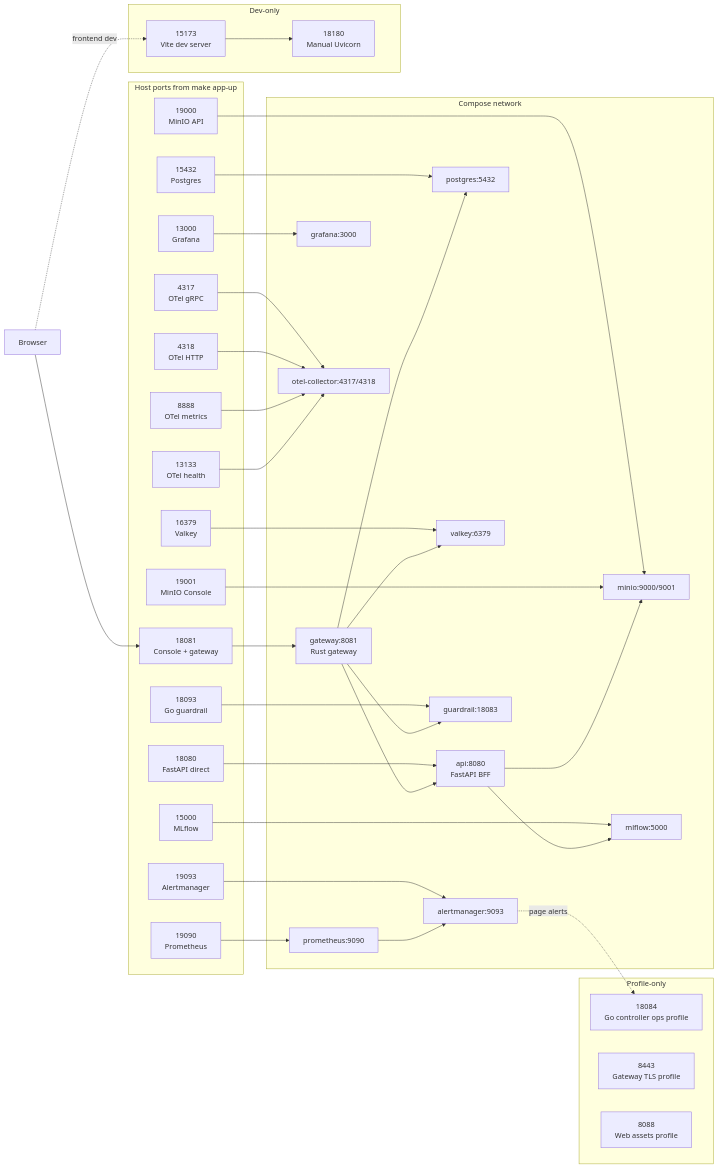
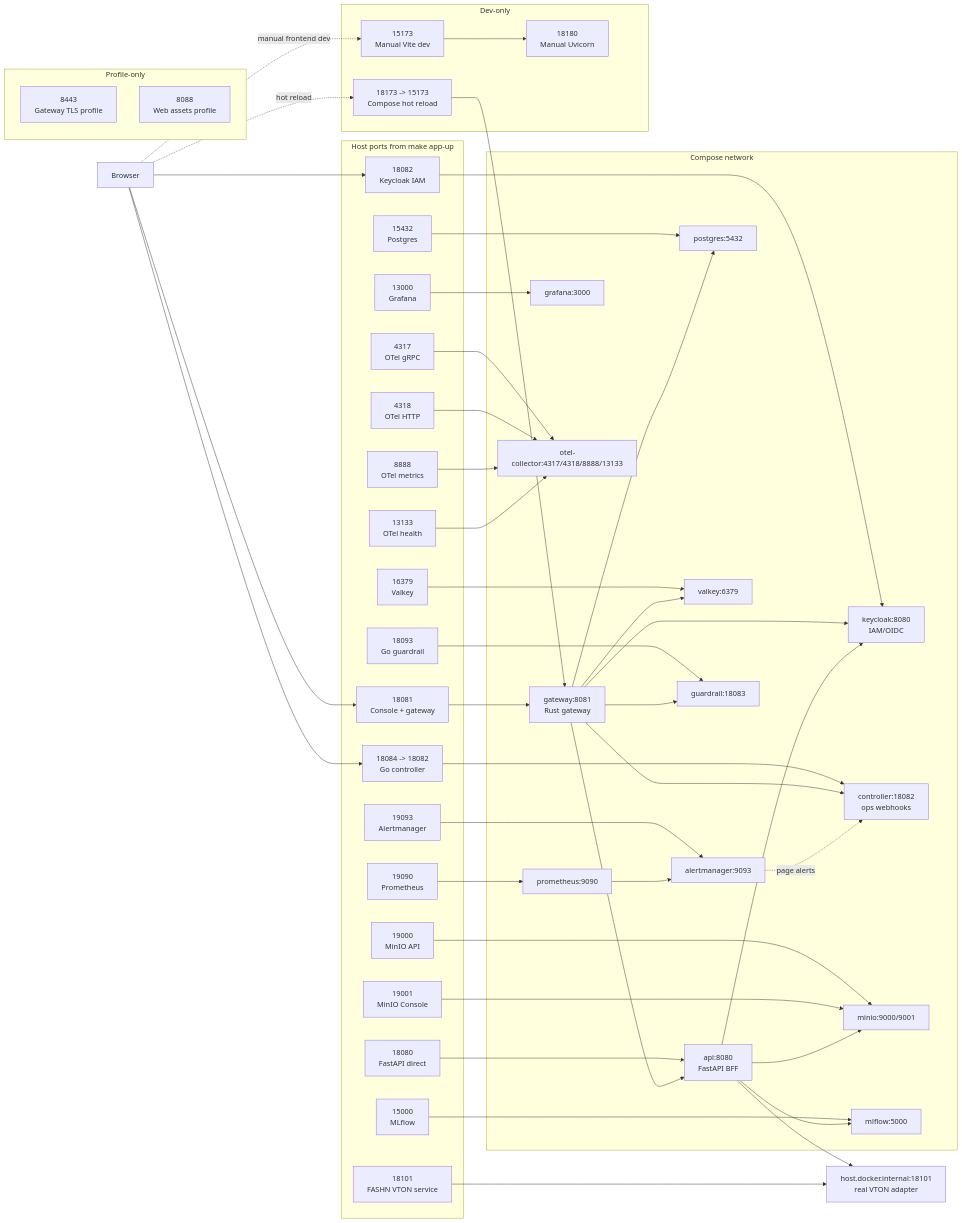
Before and after one commit to trungdangtapcode/TryOps-TryON-MLOps: the diagram in PORT.md, drawn with Mermaid. The commit also changed other lines of this file and 47 other files, not shown here.

Commit message:
feat: add account IAM and VTON job controls

```diff
--- a/PORT.md
+++ b/PORT.md
@@ -11,6 +11,9 @@
   subgraph host["Host ports from make app-up"]
     h_gateway["18081<br/>Console + gateway"]
     h_api["18080<br/>FastAPI direct"]
+    h_keycloak["18082<br/>Keycloak IAM"]
+    h_controller["18084 -> 18082<br/>Go controller"]
+    h_fashn["18101<br/>FASHN VTON service"]
     h_pg["15432<br/>Postgres"]
     h_valkey["16379<br/>Valkey"]
     h_minio_api["19000<br/>MinIO API"]
@@ -29,6 +32,8 @@
   subgraph compose["Compose network"]
     gateway["gateway:8081<br/>Rust gateway"]
     api["api:8080<br/>FastAPI BFF"]
+    keycloak["keycloak:8080<br/>IAM/OIDC"]
+    controller["controller:18082<br/>ops webhooks"]
     postgres["postgres:5432"]
     valkey["valkey:6379"]
     minio["minio:9000/9001"]
@@ -37,25 +42,30 @@
     alertmanager["alertmanager:9093"]
     grafana["grafana:3000"]
     guardrail["guardrail:18083"]
-    otel["otel-collector:4317/4318"]
+    otel["otel-collector:4317/4318/8888/13133"]
   end
 
   subgraph dev["Dev-only"]
-    vite["15173<br/>Vite dev server"]
+    vite_manual["15173<br/>Manual Vite dev"]
+    vite_hot["18173 -> 15173<br/>Compose hot reload"]
     uvicorn["18180<br/>Manual Uvicorn"]
   end
 
   subgraph profiles["Profile-only"]
-    controller["18084<br/>Go controller ops profile"]
     tls["8443<br/>Gateway TLS profile"]
     assets["8088<br/>Web assets profile"]
   end
 
   browser --> h_gateway --> gateway
-  browser -. frontend dev .-> vite
-  vite --> uvicorn
+  browser --> h_keycloak --> keycloak
+  browser --> h_controller --> controller
+  browser -. manual frontend dev .-> vite_manual
+  browser -. hot reload .-> vite_hot
+  vite_manual --> uvicorn
+  vite_hot --> gateway
 
   h_api --> api
+  h_fashn --> fashn["host.docker.internal:18101<br/>real VTON adapter"]
   h_pg --> postgres
   h_valkey --> valkey
   h_minio_api --> minio
@@ -71,9 +81,13 @@
   h_otel_health --> otel
 
   gateway --> api
+  gateway --> keycloak
+  gateway --> controller
   gateway --> guardrail
   gateway --> postgres
   gateway --> valkey
+  api --> keycloak
+  api --> fashn
   api --> mlflow
   api --> minio
   prometheus --> alertmanager
```
